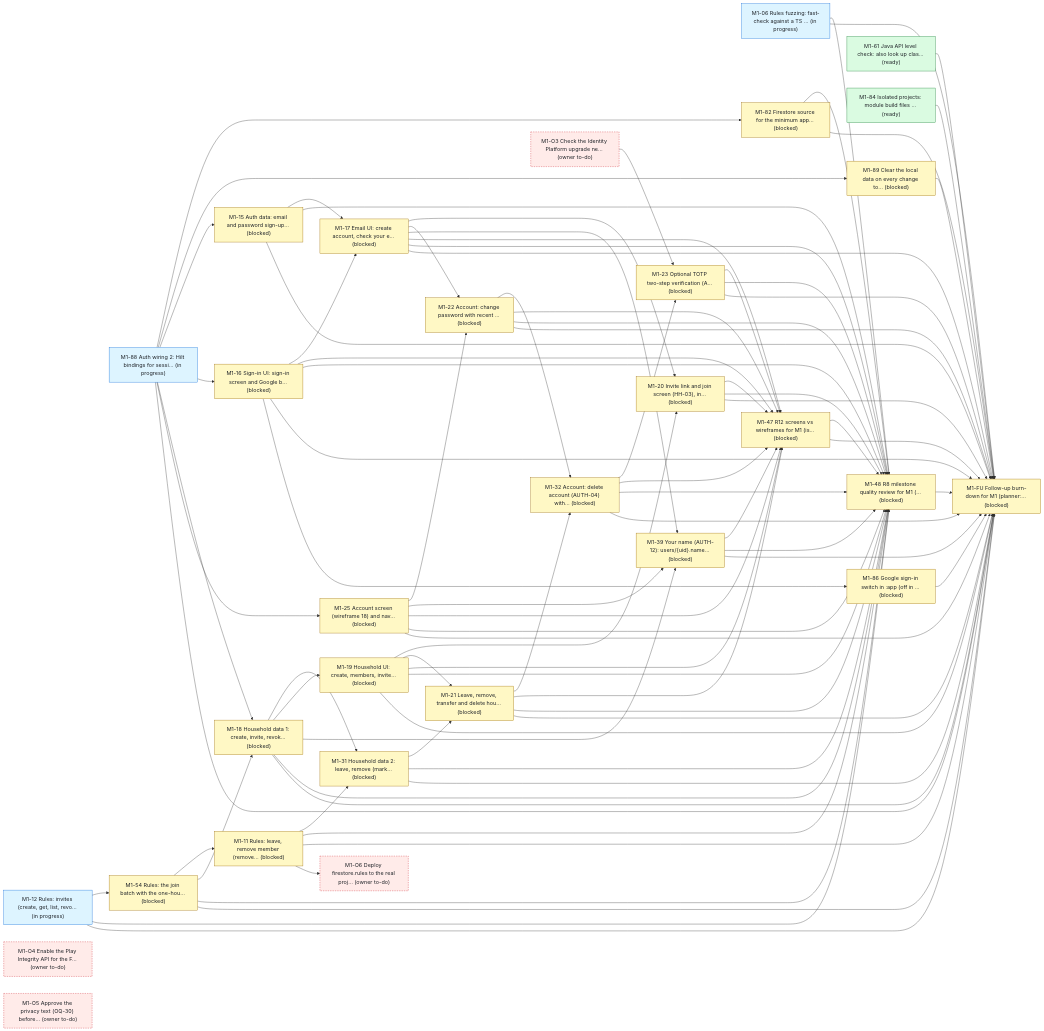
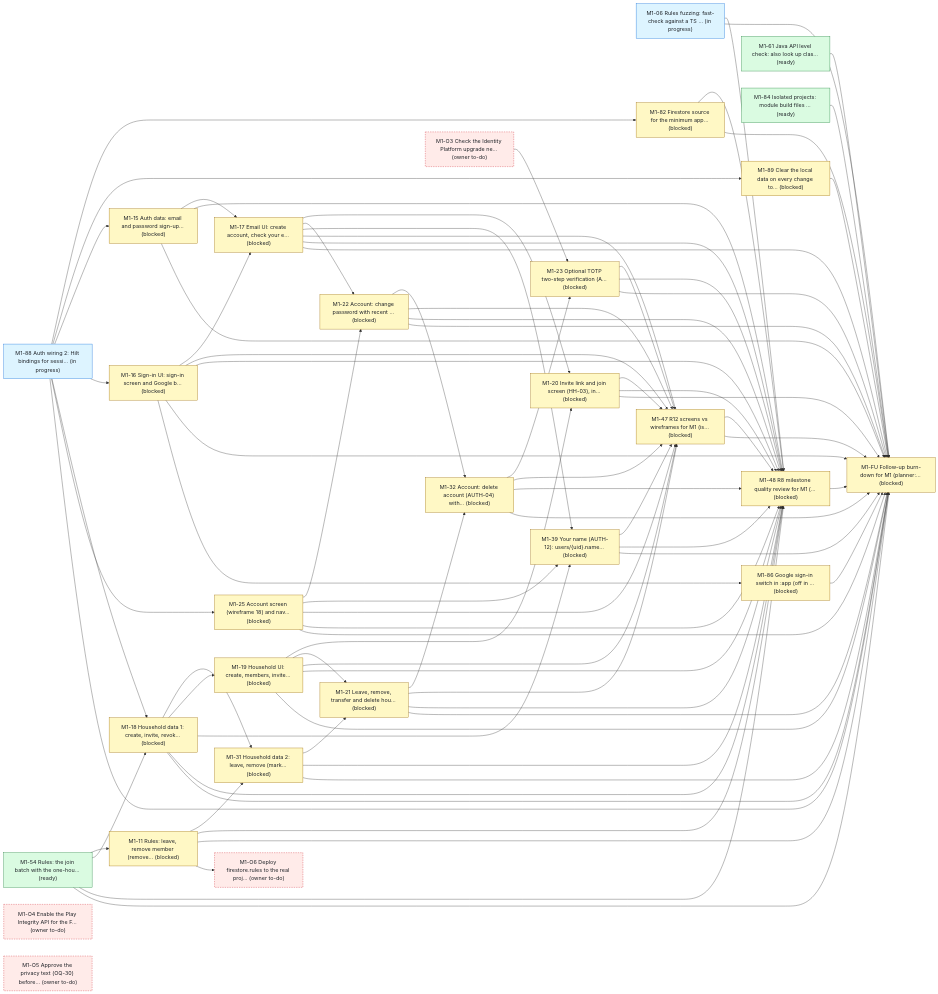
One commit to bondo/listicles2 changed the first of 4 diagrams in status.md. Above: the diagram before and after it, drawn with Mermaid. The commit also changed other lines of this file and 3 other files, not shown here.

```diff
--- a/status.md
+++ b/status.md
@@ -232,117 +232,113 @@
 flowchart LR
     n0["M1-06 Rules fuzzing: fast-check against a TS … (in progress)"]:::progress
     n1["M1-11 Rules: leave, remove member (remove… (blocked)"]:::blocked
-    n2["M1-12 Rules: invites (create, get, list, revo… (in progress)"]:::progress
-    n3["M1-82 Firestore source for the minimum app… (blocked)"]:::blocked
-    n4["M1-88 Auth wiring 2: Hilt bindings for sessi… (in progress)"]:::progress
-    n5["M1-89 Clear the local data on every change to… (blocked)"]:::blocked
-    n6["M1-15 Auth data: email and password sign-up… (blocked)"]:::blocked
-    n7["M1-16 Sign-in UI: sign-in screen and Google b… (blocked)"]:::blocked
-    n8["M1-17 Email UI: create account, check your e… (blocked)"]:::blocked
-    n9["M1-18 Household data 1: create, invite, revok… (blocked)"]:::blocked
-    n10["M1-31 Household data 2: leave, remove (mark… (blocked)"]:::blocked
-    n11["M1-19 Household UI: create, members, invite… (blocked)"]:::blocked
-    n12["M1-20 Invite link and join screen (HH-03), in… (blocked)"]:::blocked
-    n13["M1-21 Leave, remove, transfer and delete hou… (blocked)"]:::blocked
-    n14["M1-22 Account: change password with recent … (blocked)"]:::blocked
-    n15["M1-32 Account: delete account (AUTH-04) with… (blocked)"]:::blocked
-    n16["M1-23 Optional TOTP two-step verification (A… (blocked)"]:::blocked
-    n17["M1-25 Account screen (wireframe 18) and nav… (blocked)"]:::blocked
-    n18["M1-54 Rules: the join batch with the one-hou… (blocked)"]:::blocked
-    n19["M1-61 Java API level check: also look up clas… (ready)"]:::ready
-    n20["M1-39 Your name (AUTH-12): users/{uid}.name… (blocked)"]:::blocked
-    n21["M1-84 Isolated projects: module build files … (ready)"]:::ready
-    n22["M1-47 R12 screens vs wireframes for M1 (is… (blocked)"]:::blocked
-    n23["M1-48 R8 milestone quality review for M1 (… (blocked)"]:::blocked
-    n24["M1-FU Follow-up burn-down for M1 (planner:… (blocked)"]:::blocked
-    n25["M1-O3 Check the Identity Platform upgrade ne… (owner to-do)"]:::owner
-    n26["M1-O4 Enable the Play Integrity API for the F… (owner to-do)"]:::owner
-    n27["M1-O5 Approve the privacy text (OQ-30) before… (owner to-do)"]:::owner
-    n28["M1-O6 Deploy firestore.rules to the real proj… (owner to-do)"]:::owner
-    n29["M1-86 Google sign-in switch in :app (off in … (blocked)"]:::blocked
-    n18 --> n1
-    n4 --> n3
-    n4 --> n5
-    n4 --> n6
-    n4 --> n7
-    n6 --> n8
-    n7 --> n8
-    n18 --> n9
-    n4 --> n9
-    n1 --> n10
-    n9 --> n10
-    n9 --> n11
-    n11 --> n12
-    n8 --> n12
-    n11 --> n13
-    n10 --> n13
-    n8 --> n14
-    n17 --> n14
+    n2["M1-82 Firestore source for the minimum app… (blocked)"]:::blocked
+    n3["M1-88 Auth wiring 2: Hilt bindings for sessi… (in progress)"]:::progress
+    n4["M1-89 Clear the local data on every change to… (blocked)"]:::blocked
+    n5["M1-15 Auth data: email and password sign-up… (blocked)"]:::blocked
+    n6["M1-16 Sign-in UI: sign-in screen and Google b… (blocked)"]:::blocked
+    n7["M1-17 Email UI: create account, check your e… (blocked)"]:::blocked
+    n8["M1-18 Household data 1: create, invite, revok… (blocked)"]:::blocked
+    n9["M1-31 Household data 2: leave, remove (mark… (blocked)"]:::blocked
+    n10["M1-19 Household UI: create, members, invite… (blocked)"]:::blocked
+    n11["M1-20 Invite link and join screen (HH-03), in… (blocked)"]:::blocked
+    n12["M1-21 Leave, remove, transfer and delete hou… (blocked)"]:::blocked
+    n13["M1-22 Account: change password with recent … (blocked)"]:::blocked
+    n14["M1-32 Account: delete account (AUTH-04) with… (blocked)"]:::blocked
+    n15["M1-23 Optional TOTP two-step verification (A… (blocked)"]:::blocked
+    n16["M1-25 Account screen (wireframe 18) and nav… (blocked)"]:::blocked
+    n17["M1-54 Rules: the join batch with the one-hou… (ready)"]:::ready
+    n18["M1-61 Java API level check: also look up clas… (ready)"]:::ready
+    n19["M1-39 Your name (AUTH-12): users/{uid}.name… (blocked)"]:::blocked
+    n20["M1-84 Isolated projects: module build files … (ready)"]:::ready
+    n21["M1-47 R12 screens vs wireframes for M1 (is… (blocked)"]:::blocked
+    n22["M1-48 R8 milestone quality review for M1 (… (blocked)"]:::blocked
+    n23["M1-FU Follow-up burn-down for M1 (planner:… (blocked)"]:::blocked
+    n24["M1-O3 Check the Identity Platform upgrade ne… (owner to-do)"]:::owner
+    n25["M1-O4 Enable the Play Integrity API for the F… (owner to-do)"]:::owner
+    n26["M1-O5 Approve the privacy text (OQ-30) before… (owner to-do)"]:::owner
+    n27["M1-O6 Deploy firestore.rules to the real proj… (owner to-do)"]:::owner
+    n28["M1-86 Google sign-in switch in :app (off in … (blocked)"]:::blocked
+    n17 --> n1
+    n3 --> n2
+    n3 --> n4
+    n3 --> n5
+    n3 --> n6
+    n5 --> n7
+    n6 --> n7
+    n17 --> n8
+    n3 --> n8
+    n1 --> n9
+    n8 --> n9
+    n8 --> n10
+    n10 --> n11
+    n7 --> n11
+    n10 --> n12
+    n9 --> n12
+    n7 --> n13
+    n16 --> n13
+    n13 --> n14
+    n12 --> n14
     n14 --> n15
-    n13 --> n15
-    n15 --> n16
-    n25 --> n16
-    n4 --> n17
-    n2 --> n18
-    n9 --> n20
-    n8 --> n20
-    n17 --> n20
+    n24 --> n15
+    n3 --> n16
+    n8 --> n19
+    n7 --> n19
+    n16 --> n19
+    n6 --> n21
+    n7 --> n21
+    n10 --> n21
+    n11 --> n21
+    n12 --> n21
+    n13 --> n21
+    n15 --> n21
+    n16 --> n21
+    n14 --> n21
+    n19 --> n21
+    n0 --> n22
+    n1 --> n22
+    n5 --> n22
+    n6 --> n22
     n7 --> n22
     n8 --> n22
+    n10 --> n22
     n11 --> n22
     n12 --> n22
     n13 --> n22
+    n15 --> n22
+    n16 --> n22
+    n9 --> n22
     n14 --> n22
-    n16 --> n22
+    n19 --> n22
+    n21 --> n22
     n17 --> n22
-    n15 --> n22
-    n20 --> n22
+    n2 --> n22
+    n3 --> n23
+    n4 --> n23
     n0 --> n23
     n1 --> n23
-    n2 --> n23
+    n5 --> n23
     n6 --> n23
     n7 --> n23
     n8 --> n23
-    n9 --> n23
+    n10 --> n23
     n11 --> n23
     n12 --> n23
     n13 --> n23
+    n15 --> n23
+    n16 --> n23
+    n9 --> n23
     n14 --> n23
-    n16 --> n23
+    n19 --> n23
+    n21 --> n23
+    n22 --> n23
     n17 --> n23
-    n10 --> n23
-    n15 --> n23
+    n18 --> n23
+    n2 --> n23
     n20 --> n23
-    n22 --> n23
-    n18 --> n23
-    n3 --> n23
-    n4 --> n24
-    n5 --> n24
-    n0 --> n24
-    n1 --> n24
-    n2 --> n24
-    n6 --> n24
-    n7 --> n24
-    n8 --> n24
-    n9 --> n24
-    n11 --> n24
-    n12 --> n24
-    n13 --> n24
-    n14 --> n24
-    n16 --> n24
-    n17 --> n24
-    n10 --> n24
-    n15 --> n24
-    n20 --> n24
-    n22 --> n24
-    n23 --> n24
-    n18 --> n24
-    n19 --> n24
-    n3 --> n24
-    n21 --> n24
-    n29 --> n24
-    n1 --> n28
-    n7 --> n29
+    n28 --> n23
+    n1 --> n27
+    n6 --> n28
     classDef ready fill:#dafbe1,stroke:#1a7f37,color:#1f2328
     classDef progress fill:#ddf4ff,stroke:#0969da,color:#1f2328
     classDef blocked fill:#fff8c5,stroke:#9a6700,color:#1f2328
```
